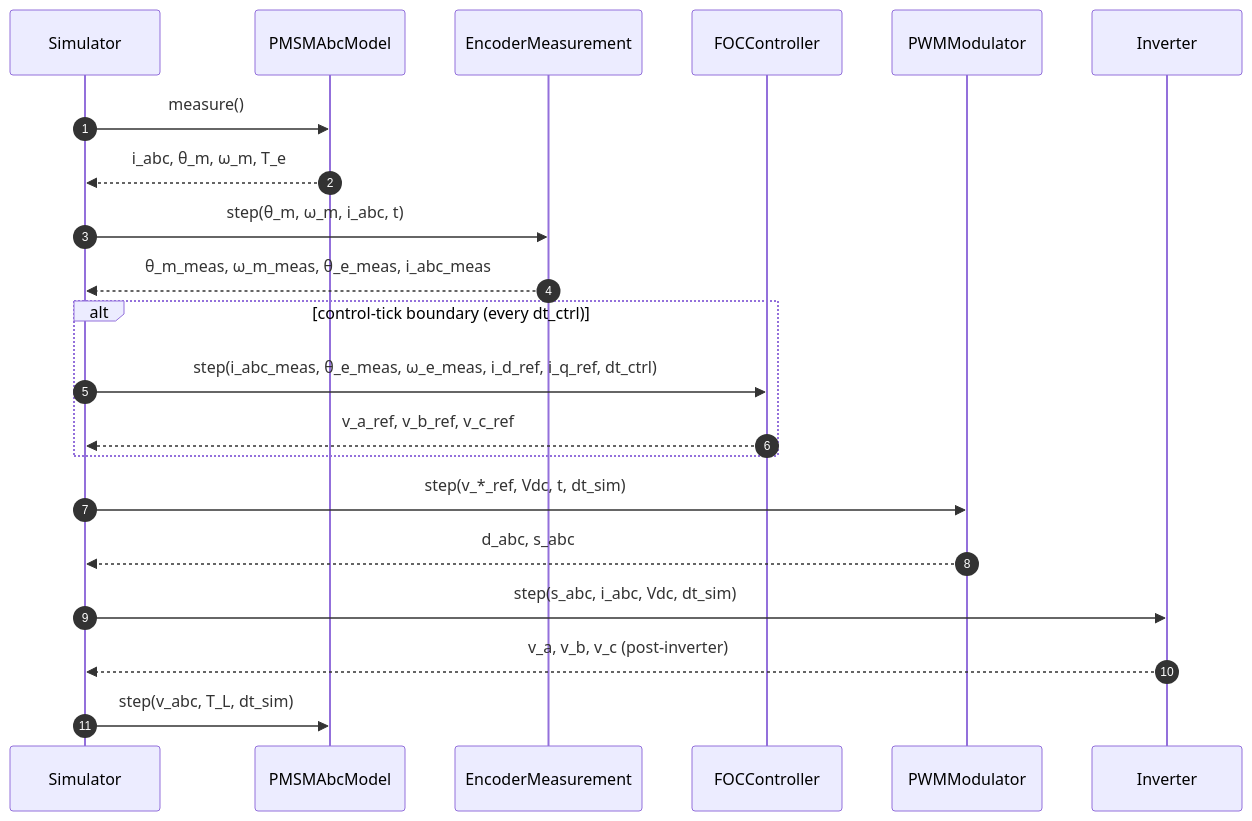
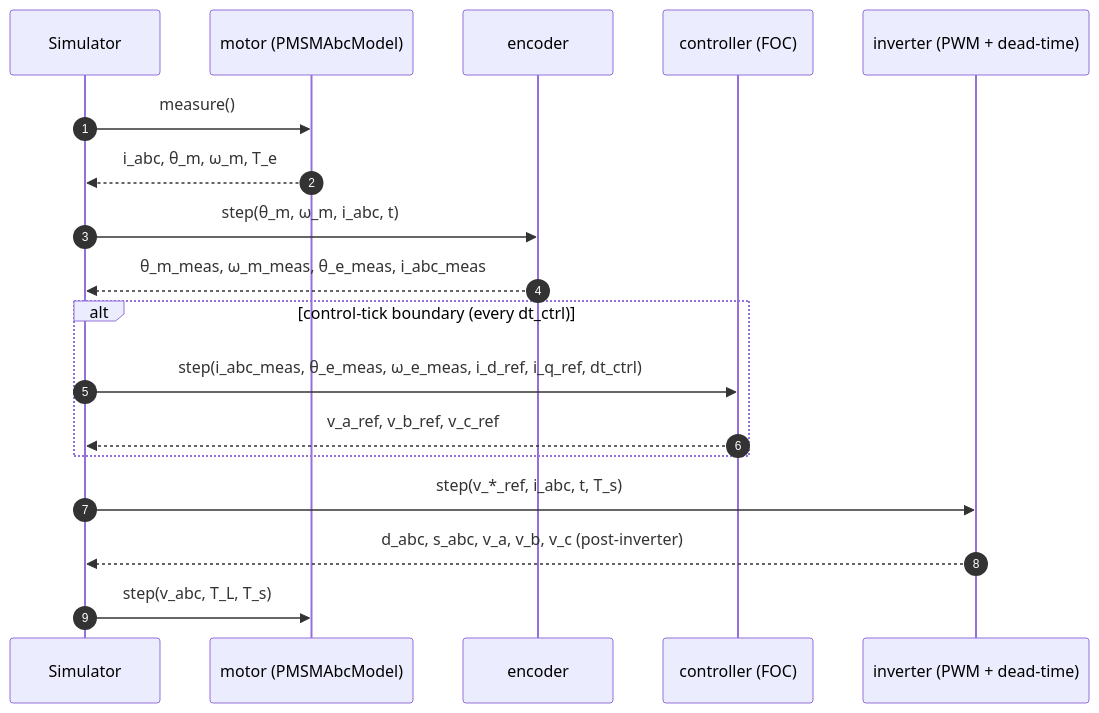
One commit to PhillipMaree/slimtorq-control changed the second of 3 diagrams in README.md. Above: the diagram before and after it, drawn with Mermaid. The commit also changed other lines of this file and 9 other files, not shown here.

````diff
--- a/README.md
+++ b/README.md
@@ -79,24 +63,21 @@
 ```mermaid
 sequenceDiagram
     autonumber
     participant SIM as Simulator
-    participant PMSM as PMSMAbcModel
-    participant ENC as EncoderMeasurement
-    participant FOC as FOCController
-    participant PWM as PWMModulator
-    participant INV as Inverter
+    participant M as motor (PMSMAbcModel)
+    participant E as encoder
+    participant C as controller (FOC)
+    participant I as inverter (PWM + dead-time)
 
-    SIM->>PMSM: measure()
-    PMSM-->>SIM: i_abc, θ_m, ω_m, T_e
-    SIM->>ENC: step(θ_m, ω_m, i_abc, t)
-    ENC-->>SIM: θ_m_meas, ω_m_meas, θ_e_meas, i_abc_meas
+    SIM->>M: measure()
+    M-->>SIM: i_abc, θ_m, ω_m, T_e
+    SIM->>E: step(θ_m, ω_m, i_abc, t)
+    E-->>SIM: θ_m_meas, ω_m_meas, θ_e_meas, i_abc_meas
     alt control-tick boundary (every dt_ctrl)
-        SIM->>FOC: step(i_abc_meas, θ_e_meas, ω_e_meas, i_d_ref, i_q_ref, dt_ctrl)
-        FOC-->>SIM: v_a_ref, v_b_ref, v_c_ref
+        SIM->>C: step(i_abc_meas, θ_e_meas, ω_e_meas, i_d_ref, i_q_ref, dt_ctrl)
+        C-->>SIM: v_a_ref, v_b_ref, v_c_ref
     end
-    SIM->>PWM: step(v_*_ref, Vdc, t, dt_sim)
-    PWM-->>SIM: d_abc, s_abc
-    SIM->>INV: step(s_abc, i_abc, Vdc, dt_sim)
-    INV-->>SIM: v_a, v_b, v_c (post-inverter)
-    SIM->>PMSM: step(v_abc, T_L, dt_sim)
+    SIM->>I: step(v_*_ref, i_abc, t, T_s)
+    I-->>SIM: d_abc, s_abc, v_a, v_b, v_c (post-inverter)
+    SIM->>M: step(v_abc, T_L, T_s)
 ```
````
